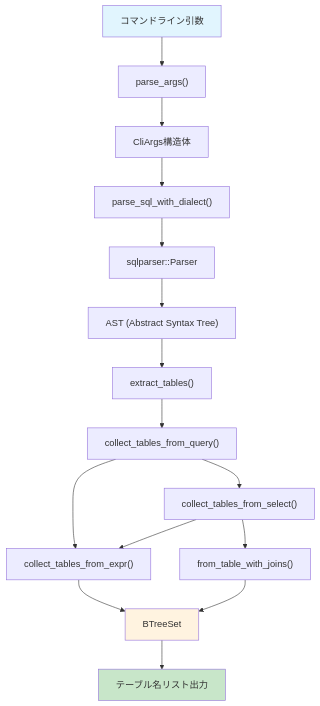
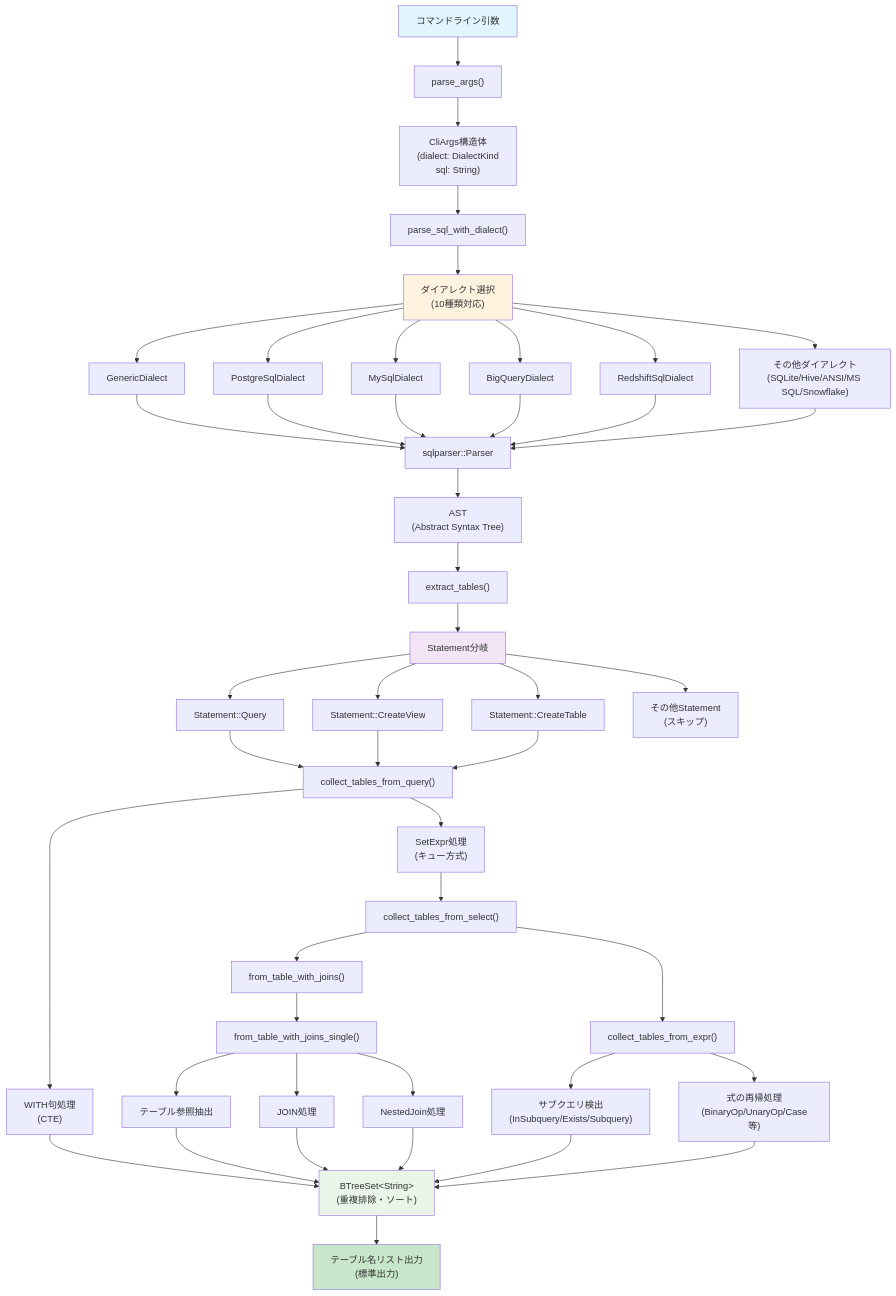
The first of 3 diagrams in docs/architecture.md (toms3776c/simple-sqlparser-rust), drawn with Mermaid before and after one commit. The commit also changed other lines of this file and 2 other files, not shown here.

Commit message:
docs: Redshift、BigQueryに対応したコードに合わせてドキュメント更新

````diff
--- a/docs/architecture.md
+++ b/docs/architecture.md
@@ -50,21 +55,63 @@
 ```mermaid
 graph TD
     A["コマンドライン引数"] --> B["parse_args()"]
-    B --> C["CliArgs構造体"]
+    B --> C["CliArgs構造体<br/>(dialect: DialectKind<br/>sql: String)"]
     C --> D["parse_sql_with_dialect()"]
-    D --> E["sqlparser::Parser"]
-    E --> F["AST (Abstract Syntax Tree)"]
-    F --> G["extract_tables()"]
-    G --> H["collect_tables_from_query()"]
-    H --> I["collect_tables_from_select()"]
-    H --> J["collect_tables_from_expr()"]
-    I --> K["from_table_with_joins()"]
-    I --> J
-    J --> L["BTreeSet<String>"]
+    D --> E["ダイアレクト選択<br/>(10種類対応)"]
+    E --> F["GenericDialect"] 
+    E --> G["PostgreSqlDialect"]
+    E --> H["MySqlDialect"]
+    E --> I["BigQueryDialect"]
+    E --> J["RedshiftSqlDialect"]
+    E --> K["その他ダイアレクト<br/>(SQLite/Hive/ANSI/MS SQL/Snowflake)"]
+    
+    F --> L["sqlparser::Parser"]
+    G --> L
+    H --> L
+    I --> L
+    J --> L
     K --> L
-    L --> M["テーブル名リスト出力"]
+    
+    L --> M["AST<br/>(Abstract Syntax Tree)"]
+    M --> N["extract_tables()"]
+    N --> O["Statement分岐"]
+    
+    O --> P["Statement::Query"]
+    O --> Q["Statement::CreateView"]
+    O --> R["Statement::CreateTable"]
+    O --> S["その他Statement<br/>(スキップ)"]
+    
+    P --> T["collect_tables_from_query()"]
+    Q --> T
+    R --> T
+    
+    T --> U["WITH句処理<br/>(CTE)"]
+    T --> V["SetExpr処理<br/>(キュー方式)"]
+    
+    V --> W["collect_tables_from_select()"]
+    W --> X["from_table_with_joins()"]
+    W --> Y["collect_tables_from_expr()"]
+    
+    X --> Z["from_table_with_joins_single()"]
+    Z --> AA["テーブル参照抽出"]
+    Z --> BB["JOIN処理"]
+    Z --> CC["NestedJoin処理"]
+    
+    Y --> DD["サブクエリ検出<br/>(InSubquery/Exists/Subquery)"]
+    Y --> EE["式の再帰処理<br/>(BinaryOp/UnaryOp/Case等)"]
+    
+    U --> FF["BTreeSet&lt;String&gt;<br/>(重複排除・ソート)"]
+    AA --> FF
+    BB --> FF
+    CC --> FF
+    DD --> FF
+    EE --> FF
+    
+    FF --> GG["テーブル名リスト出力<br/>(標準出力)"]
     
     style A fill:#e1f5fe
-    style M fill:#c8e6c9
-    style L fill:#fff3e0
+    style E fill:#fff3e0
+    style O fill:#f3e5f5
+    style FF fill:#e8f5e8
+    style GG fill:#c8e6c9
 ```
````
